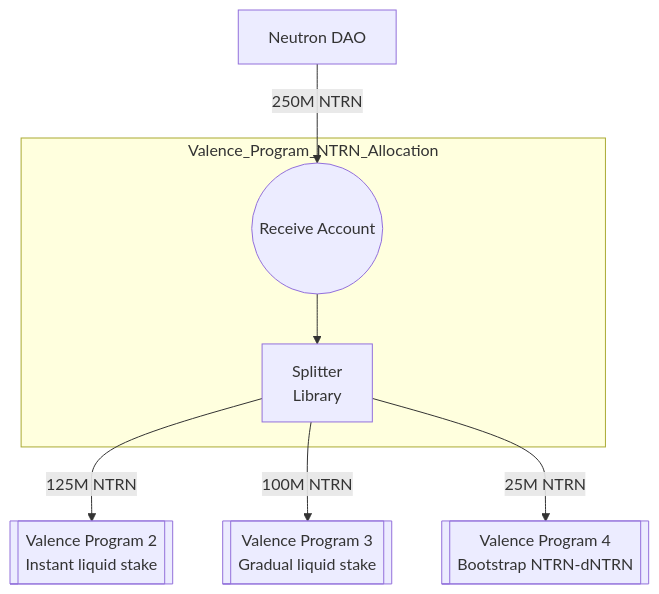
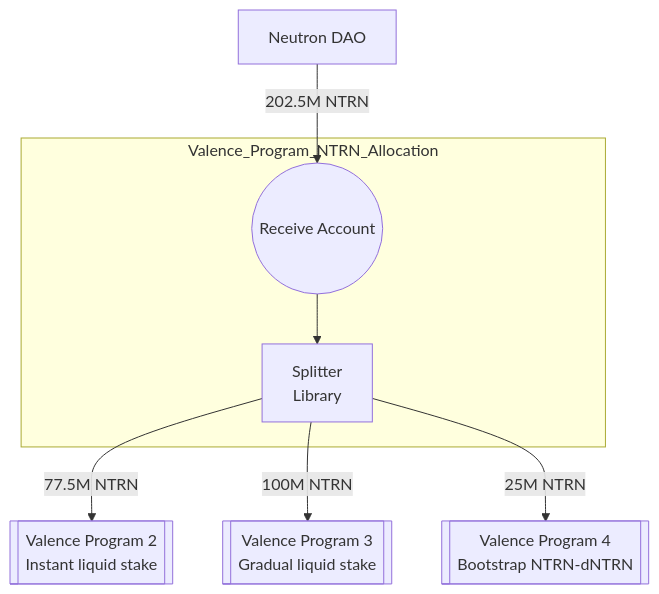
One commit to timewave-computer/timewave-program-deployments changed the diagram in programs/2025-03-23-prod-dICS-ntrn-allocation/README.md. Above: the diagram before and after it, drawn with Mermaid. The commit also changed other lines of this file and 15 other files, not shown here.

````diff
--- a/programs/2025-03-23-prod-dICS-ntrn-allocation/README.md
+++ b/programs/2025-03-23-prod-dICS-ntrn-allocation/README.md
@@ -13,16 +13,16 @@
 ```mermaid
 graph TB;
     N1[Neutron DAO]
     subgraph Valence_Program_NTRN_Allocation
         RA((Receive Account))
         SL[Splitter<br>Library]
     end
     VP2[[Valence Program 2<br>Instant liquid stake]]
     VP3[[Valence Program 3<br>Gradual liquid stake]]
     VP4[[Valence Program 4<br>Bootstrap NTRN-dNTRN]]
-    N1 --250M NTRN--> RA
+    N1 --202.5M NTRN--> RA
     RA --> SL
-    SL -- 125M NTRN --> VP2
+    SL -- 77.5M NTRN --> VP2
     SL -- 100M NTRN --> VP3
     SL -- 25M NTRN --> VP4
 ```
````
